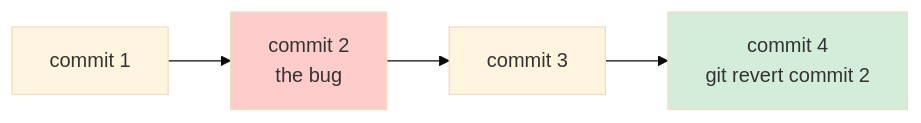
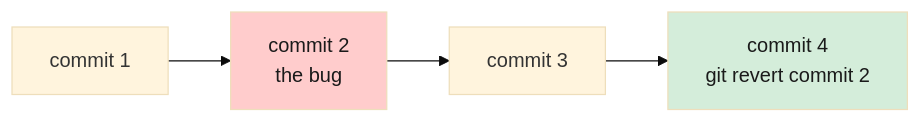
Before and after one commit to ghanendra-sdet/git-tutorials: the first of 3 diagrams in 04-undo-and-recovery/README.md, drawn with Mermaid (base theme). The commit also changed other lines of this file and 5 other files, not shown here.

First line of the commit message:
fix: illegible mermaid diagram text in dark mode

````diff
--- a/04-undo-and-recovery/README.md
+++ b/04-undo-and-recovery/README.md
@@ -62,7 +62,7 @@
 ```mermaid
 graph LR
     A[commit 1] --> B[commit 2<br/>the bug] --> C[commit 3] --> D["commit 4<br/>git revert commit 2"]
 
-    style B fill:#ffcccc
-    style D fill:#d4edda
+    style B fill:#ffcccc,color:#1a1a1a
+    style D fill:#d4edda,color:#1a1a1a
 ```
````
